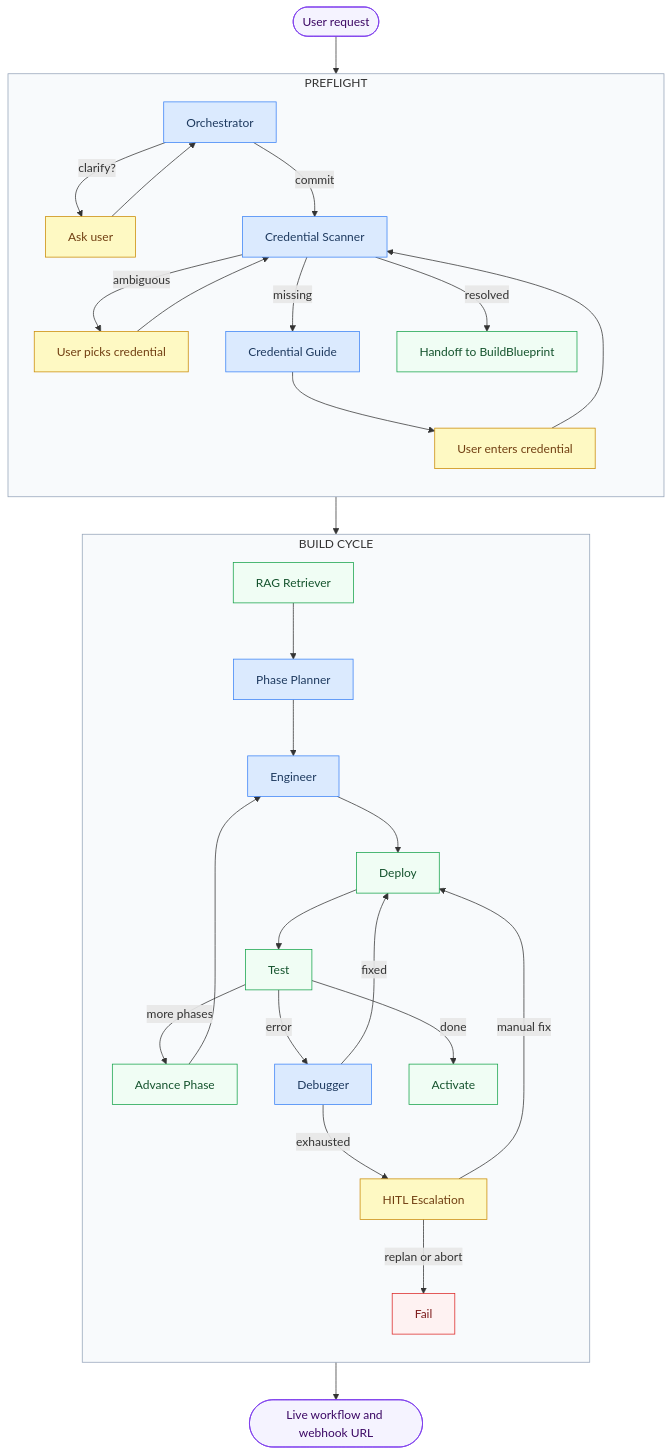
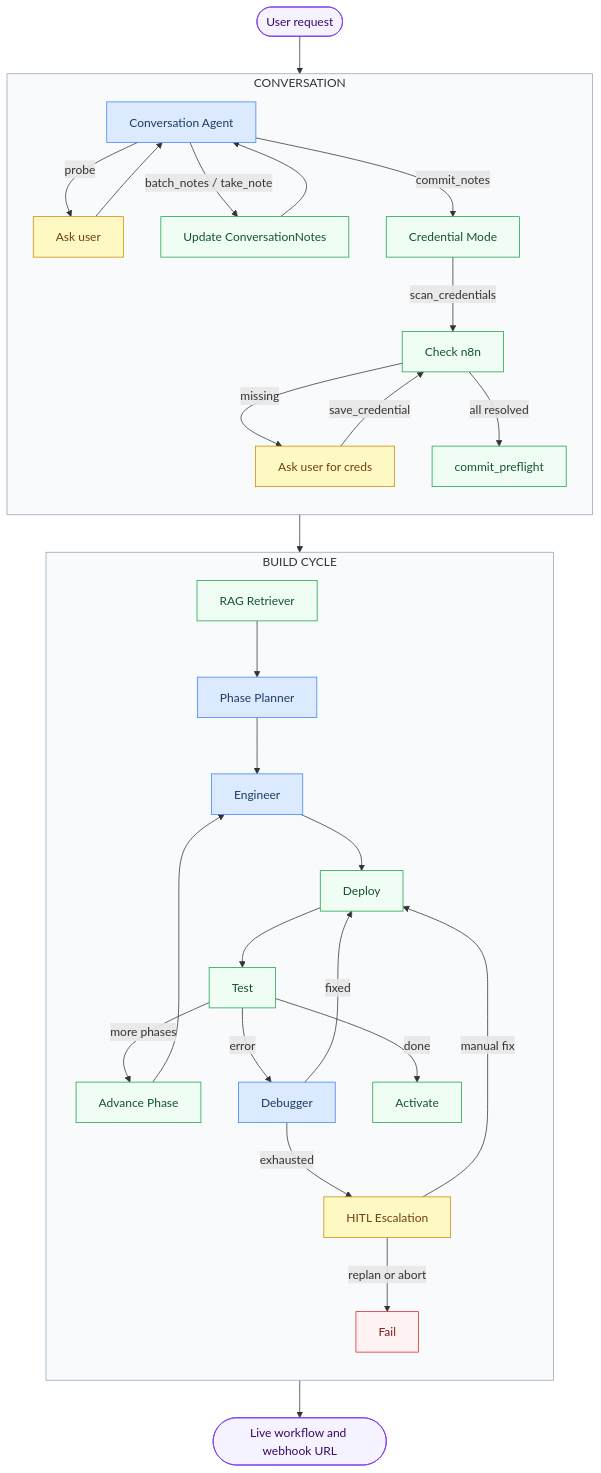
The first of 2 diagrams in src/agentic_system/README.md (h19overflow/ARIA), drawn with Mermaid before and after one commit. The commit also changed other lines of this file and 1 other file, not shown here.

First line of the commit message:
Refactor README.md to clarify the ARIA Agentic System structure and functionality

````diff
--- a/src/agentic_system/README.md
+++ b/src/agentic_system/README.md
@@ -9,57 +9,57 @@
 ```mermaid
 flowchart TD
-    U([User request]) --> PF
+    U([User request]) --> CONV
 
-    subgraph PF [PREFLIGHT]
+    subgraph CONV [CONVERSATION]
         direction TB
-        ORC[Orchestrator] -->|clarify?| HC[Ask user]
-        HC --> ORC
-        ORC -->|commit| CS[Credential Scanner]
-        CS -->|ambiguous| CA[User picks credential]
-        CA --> CS
-        CS -->|missing| CG[Credential Guide]
-        CG --> SAV[User enters credential]
-        SAV --> CS
-        CS -->|resolved| HO[Handoff to BuildBlueprint]
+        CA[Conversation Agent] -->|probe| Q[Ask user]
+        Q --> CA
+        CA -->|batch_notes / take_note| N[Update ConversationNotes]
+        N --> CA
+        CA -->|commit_notes| CRED[Credential Mode]
+        CRED -->|scan_credentials| SC[Check n8n]
+        SC -->|missing| ASK[Ask user for creds]
+        ASK -->|save_credential| SC
+        SC -->|all resolved| CP[commit_preflight]
     end
 
-    PF --> BC
+    CONV --> BC
 
     subgraph BC [BUILD CYCLE]
         direction TB
         RAG[RAG Retriever] --> PP[Phase Planner]
         PP --> ENG[Engineer]
         ENG --> DEP[Deploy] --> TST[Test]
         TST -->|more phases| ADV[Advance Phase] --> ENG
         TST -->|error| DBG[Debugger]
         DBG -->|fixed| DEP
         DBG -->|exhausted| ESC[HITL Escalation]
         ESC -->|manual fix| DEP
         ESC -->|replan or abort| FAIL[Fail]
         TST -->|done| ACT[Activate]
     end
 
     ACT --> DONE([Live workflow and webhook URL])
 
-    style ORC fill:#dbeafe,stroke:#3b82f6,color:#1e3a5f
-    style CS fill:#dbeafe,stroke:#3b82f6,color:#1e3a5f
-    style CG fill:#dbeafe,stroke:#3b82f6,color:#1e3a5f
+    style CA fill:#dbeafe,stroke:#3b82f6,color:#1e3a5f
     style PP fill:#dbeafe,stroke:#3b82f6,color:#1e3a5f
     style ENG fill:#dbeafe,stroke:#3b82f6,color:#1e3a5f
     style DBG fill:#dbeafe,stroke:#3b82f6,color:#1e3a5f
-    style HC fill:#fef9c3,stroke:#ca8a04,color:#713f12
-    style CA fill:#fef9c3,stroke:#ca8a04,color:#713f12
-    style SAV fill:#fef9c3,stroke:#ca8a04,color:#713f12
+    style Q fill:#fef9c3,stroke:#ca8a04,color:#713f12
+    style ASK fill:#fef9c3,stroke:#ca8a04,color:#713f12
     style ESC fill:#fef9c3,stroke:#ca8a04,color:#713f12
-    style HO fill:#f0fdf4,stroke:#16a34a,color:#14532d
+    style N fill:#f0fdf4,stroke:#16a34a,color:#14532d
+    style CRED fill:#f0fdf4,stroke:#16a34a,color:#14532d
+    style SC fill:#f0fdf4,stroke:#16a34a,color:#14532d
+    style CP fill:#f0fdf4,stroke:#16a34a,color:#14532d
     style RAG fill:#f0fdf4,stroke:#16a34a,color:#14532d
     style DEP fill:#f0fdf4,stroke:#16a34a,color:#14532d
     style TST fill:#f0fdf4,stroke:#16a34a,color:#14532d
     style ADV fill:#f0fdf4,stroke:#16a34a,color:#14532d
     style ACT fill:#f0fdf4,stroke:#16a34a,color:#14532d
     style FAIL fill:#fef2f2,stroke:#dc2626,color:#7f1d1d
     style U fill:#f5f3ff,stroke:#7c3aed,color:#3b0764
     style DONE fill:#f5f3ff,stroke:#7c3aed,color:#3b0764
-    style PF fill:#f8fafc,stroke:#94a3b8
+    style CONV fill:#f8fafc,stroke:#94a3b8
     style BC fill:#f8fafc,stroke:#94a3b8
 ```
````
